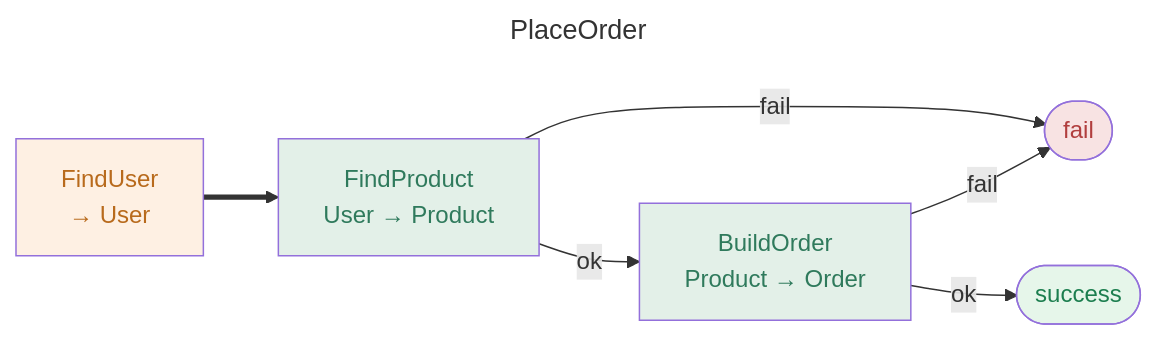
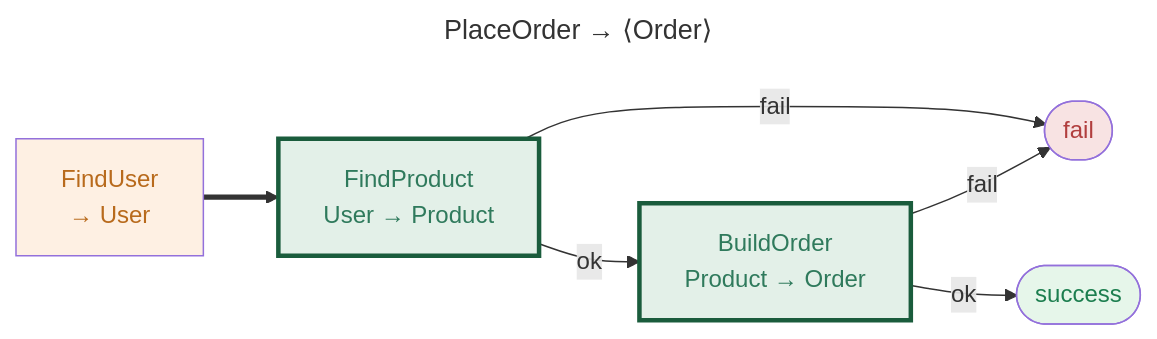
One commit to reslava/nuget-package-reslava-result changed the seventh of 10 diagrams in mkdocs/demo/flow-catalog.md. Above: the diagram before and after it, drawn with Mermaid. The commit also changed other lines of this file and 3 other files, not shown here.

Commit message:
fix: escape &quot; in predicate tooltips; skip Legend constant in flow catalog

````diff
--- a/mkdocs/demo/flow-catalog.md
+++ b/mkdocs/demo/flow-catalog.md
@@ -226,23 +228,23 @@
 ```mermaid
 ---
-title: PlaceOrder
+title: PlaceOrder → ⟨Order⟩
 ---
 flowchart LR
     ENTRY_ROOT["FindUser<br/>→ User"]:::operation ==> N0_FindProduct
-    N0_FindProduct["FindProduct<br/>User → Product"]:::transform
+    N0_FindProduct["FindProduct<br/>User → Product"]:::bind
     N0_FindProduct -->|ok| N1_BuildOrder
     N0_FindProduct -->|fail| FAIL
-    N1_BuildOrder["BuildOrder<br/>Product → Order"]:::transform
+    N1_BuildOrder["BuildOrder<br/>Product → Order"]:::bind
     N1_BuildOrder -->|fail| FAIL
     N1_BuildOrder -->|ok| SUCCESS
     SUCCESS([success]):::success
     FAIL([fail])
     FAIL:::failure
     classDef operation fill:#fef0e3,color:#b86a1c
-    classDef transform fill:#e3f0e8,color:#2f7a5c
+    classDef bind fill:#e3f0e8,color:#2f7a5c,stroke:#1a5c3c,stroke-width:3px
     classDef success fill:#e6f6ea,color:#1c7e4f
     classDef failure fill:#f8e3e3,color:#b13e3e
 %% --- Node correlation (ReasonMetadata.NodeId / PipelineStep) ---
 %%   N0_FindProduct → FindProduct
 %%   N1_BuildOrder → BuildOrder
 ```
````
